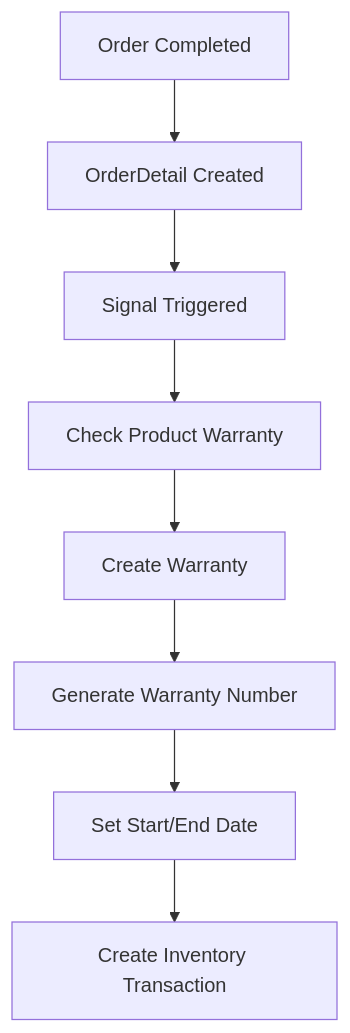
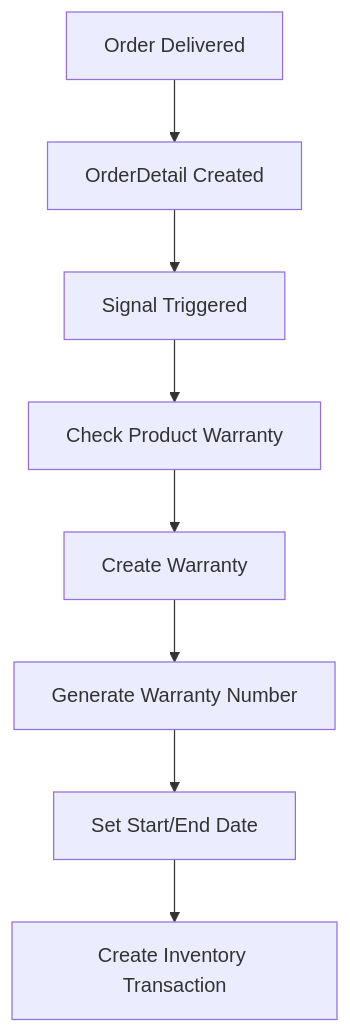
Before and after one commit to LilDuckk/Do_an_tot_nghiep: the first of 3 diagrams in BE_WatchStore/docs/warranty_workflow.md, drawn with Mermaid. The commit also changed other lines of this file and 61 other files, not shown here.

````diff
--- a/BE_WatchStore/docs/warranty_workflow.md
+++ b/BE_WatchStore/docs/warranty_workflow.md
@@ -10,10 +10,10 @@
 ```mermaid
 graph TD
-    A[Order Completed] --> B[OrderDetail Created]
+    A[Order Delivered] --> B[OrderDetail Created]
     B --> C[Signal Triggered]
     C --> D[Check Product Warranty]
     D --> E[Create Warranty]
     E --> F[Generate Warranty Number]
     F --> G[Set Start/End Date]
     G --> H[Create Inventory Transaction]
 ```
````
